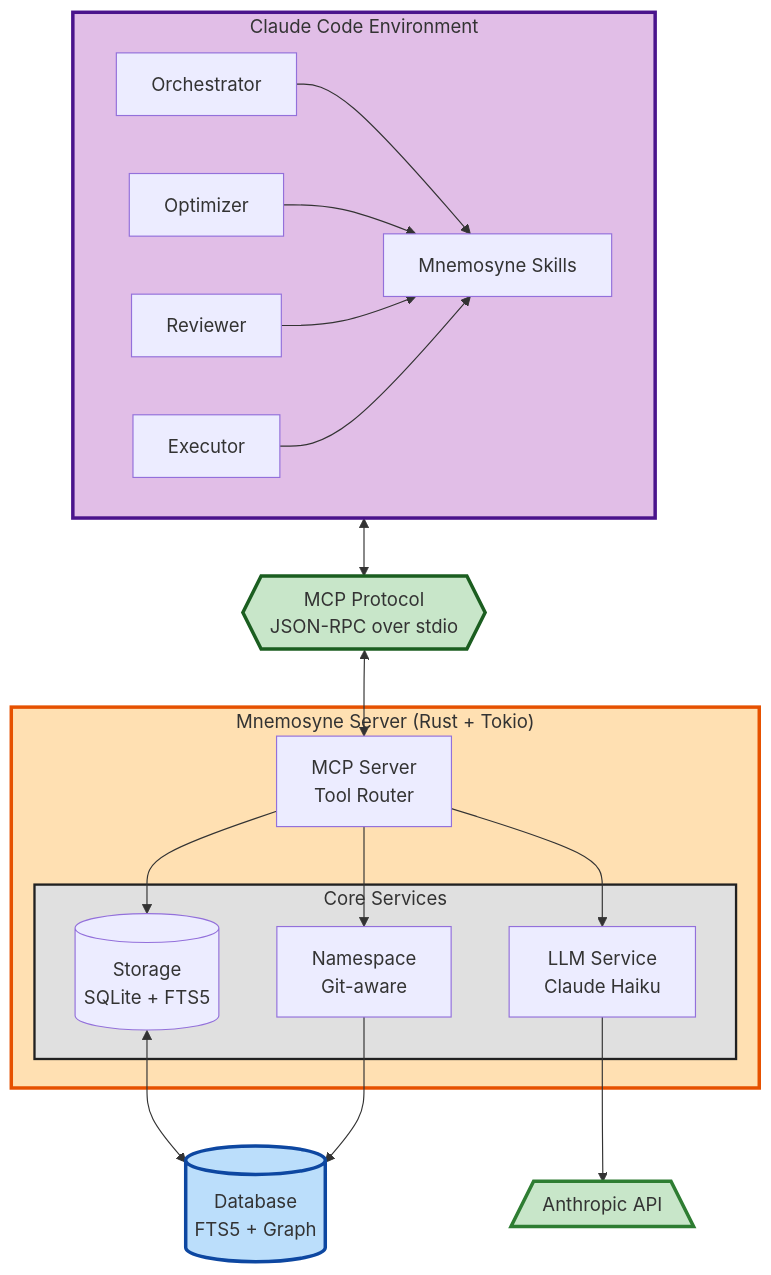
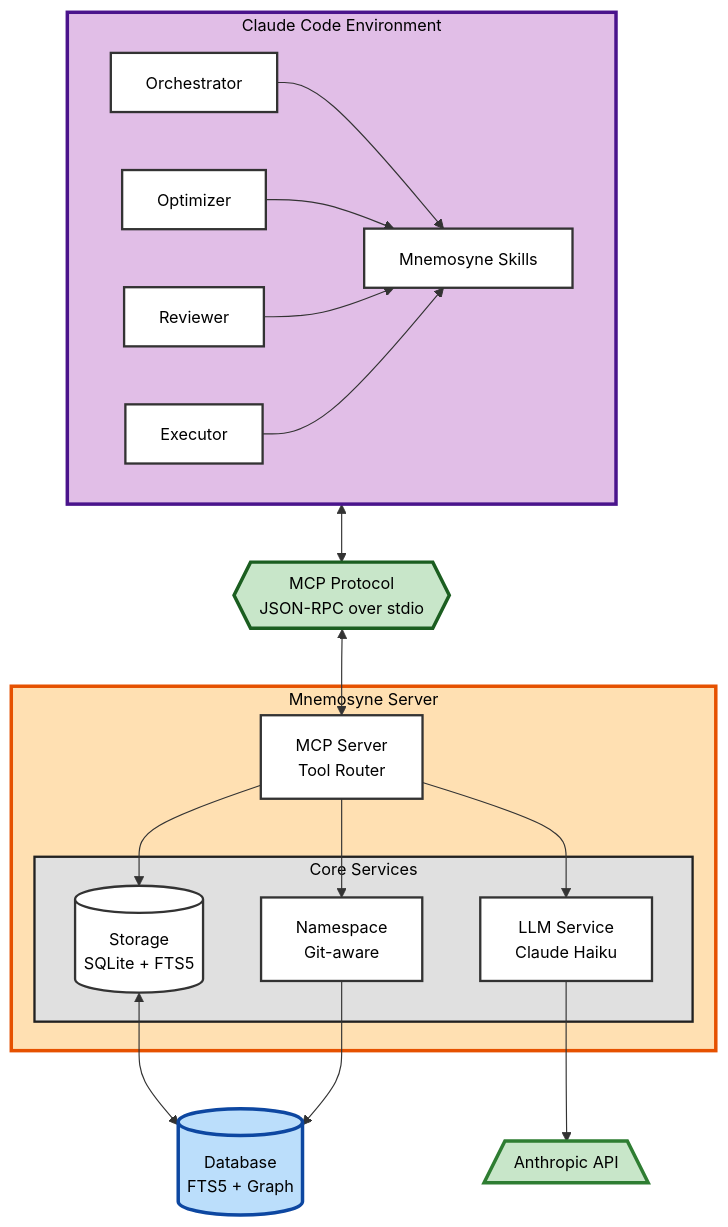
The first of 4 diagrams in ARCHITECTURE.md (rand/mnemosyne), drawn with Mermaid before and after one commit. The commit also changed 2 other files, not shown here.

Commit message:
Fix all diagram contrast and label issues
Three critical improvements:

1. Text contrast: Force black text (#000) on all light backgrounds
   - Add Mermaid theme init with primaryTextColor:#000
   - Set color:#000 on subgraphs and individual nodes
   - All nodes use white fill with black text for consistency

2. Line contrast: Increase visibility of all connections
   - Set lineColor:#333 (dark gray) in theme
   - Set primaryBorderColor:#333 for node borders
   - 2-3px stroke widths for clear delineation

3. Label completeness: Fix cut-off text
   - Shorten 'Mnemosyne Server (Rust + Tokio)' to 'Mnemosyne Server'
   - Prevents label truncation in rendered diagrams
   - Tech stack info preserved in surrounding prose

All three files (README, ARCHITECTURE, MCP_SERVER) now have:
- WCAG AAA compliant text contrast
- High-visibility connection lines
- Complete, readable labels

````diff
--- a/ARCHITECTURE.md
+++ b/ARCHITECTURE.md
@@ -35,45 +35,56 @@
 ```mermaid
+%%{init: {'theme':'base', 'themeVariables': {'primaryTextColor':'#000', 'primaryBorderColor':'#333', 'lineColor':'#333', 'fontSize':'14px'}}}%%
 flowchart TD
     subgraph Claude["Claude Code Environment"]
         direction LR
         Orch[Orchestrator]
         Opt[Optimizer]
         Rev[Reviewer]
         Exec[Executor]
         Skills[Mnemosyne Skills]
     end
 
     Protocol{{MCP Protocol<br/>JSON-RPC over stdio}}
 
-    subgraph Mnemosyne["Mnemosyne Server (Rust + Tokio)"]
+    subgraph Mnemosyne["Mnemosyne Server"]
         MCP[MCP Server<br/>Tool Router]
 
         subgraph Core["Core Services"]
             Storage[(Storage<br/>SQLite + FTS5)]
             LLM[LLM Service<br/>Claude Haiku]
             NS[Namespace<br/>Git-aware]
         end
     end
 
     API[/Anthropic API\]
     DB[(Database<br/>FTS5 + Graph)]
 
     Orch & Opt & Rev & Exec --> Skills
     Skills <--> Protocol
     Protocol <--> MCP
 
     MCP --> Storage
     MCP --> LLM
     MCP --> NS
 
     Storage <--> DB
     LLM --> API
     NS --> DB
 
-    style Claude fill:#e1bee7,stroke:#4a148c,stroke-width:3px
-    style Mnemosyne fill:#ffe0b2,stroke:#e65100,stroke-width:3px
-    style Core fill:#e0e0e0,stroke:#212121,stroke-width:2px
-    style Protocol fill:#c8e6c9,stroke:#1b5e20,stroke-width:3px
-    style API fill:#c8e6c9,stroke:#2e7d32,stroke-width:3px
-    style DB fill:#bbdefb,stroke:#0d47a1,stroke-width:3px
+    style Claude fill:#e1bee7,stroke:#4a148c,stroke-width:3px,color:#000
+    style Mnemosyne fill:#ffe0b2,stroke:#e65100,stroke-width:3px,color:#000
+    style Core fill:#e0e0e0,stroke:#212121,stroke-width:2px,color:#000
+    style Protocol fill:#c8e6c9,stroke:#1b5e20,stroke-width:3px,color:#000
+    style API fill:#c8e6c9,stroke:#2e7d32,stroke-width:3px,color:#000
+    style DB fill:#bbdefb,stroke:#0d47a1,stroke-width:3px,color:#000
+
+    style Orch fill:#fff,color:#000,stroke:#333,stroke-width:2px
+    style Opt fill:#fff,color:#000,stroke:#333,stroke-width:2px
+    style Rev fill:#fff,color:#000,stroke:#333,stroke-width:2px
+    style Exec fill:#fff,color:#000,stroke:#333,stroke-width:2px
+    style Skills fill:#fff,color:#000,stroke:#333,stroke-width:2px
+    style MCP fill:#fff,color:#000,stroke:#333,stroke-width:2px
+    style Storage fill:#fff,color:#000,stroke:#333,stroke-width:2px
+    style LLM fill:#fff,color:#000,stroke:#333,stroke-width:2px
+    style NS fill:#fff,color:#000,stroke:#333,stroke-width:2px
 ```
````
